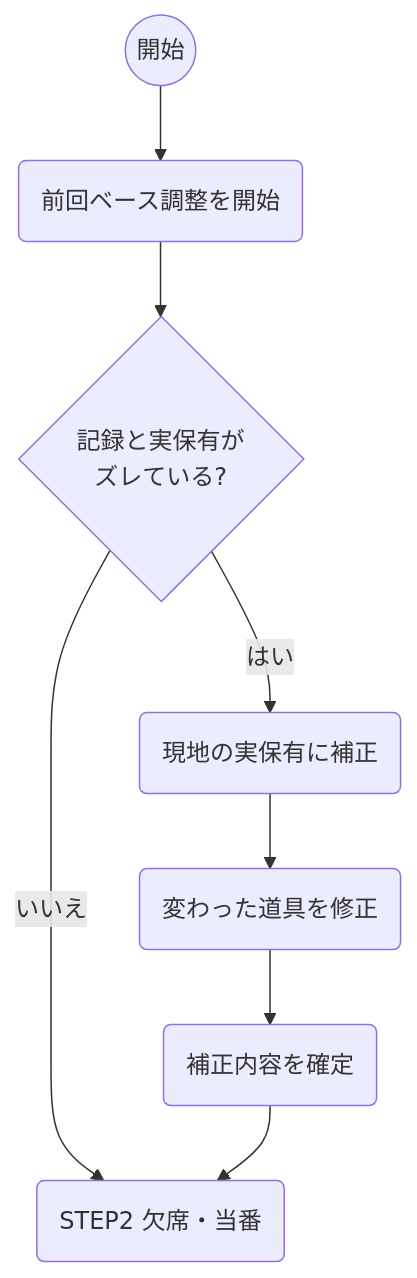
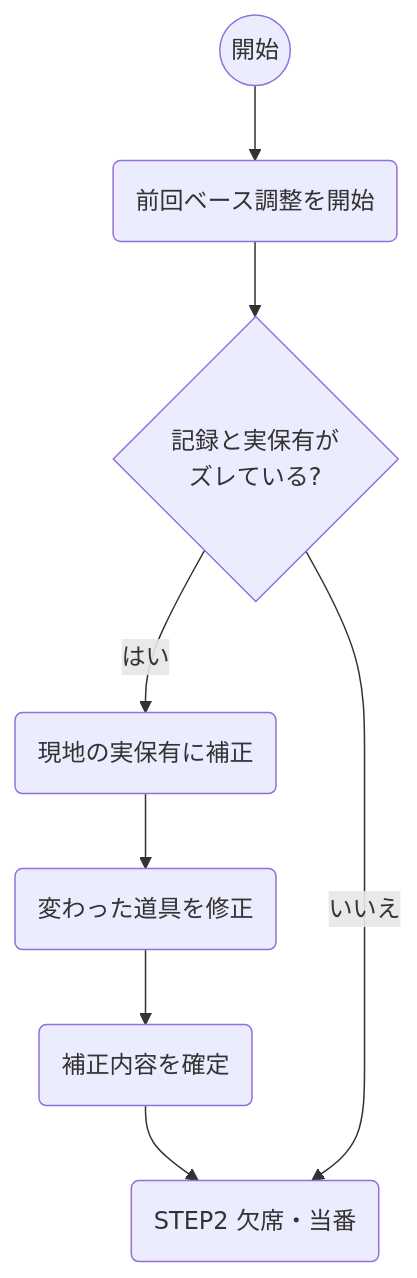
The seventh of 16 diagrams in boys15/docs/TCB-MAN-001_道具割り振りツール_操作マニュアル_v1.5.md (tcb15-admin/tcb-tools), drawn with Mermaid before and after one commit. The commit also changed other lines of this file and 3 other files, not shown here.

First line of the commit message:
fix: 15期マニュアルv1.12でフロー図のPDF途中切れを防止

````diff
--- a/boys15/docs/TCB-MAN-001_道具割り振りツール_操作マニュアル_v1.5.md
+++ b/boys15/docs/TCB-MAN-001_道具割り振りツール_操作マニュアル_v1.5.md
@@ -207,10 +230,10 @@
 ```mermaid
 flowchart TD
     S((開始)) --> ST(前回ベース調整を開始)
     ST --> AH{記録と実保有が<br/>ズレている?}
-    AH -->|いいえ| S2(STEP2 欠席・当番)
     AH -->|はい| FIX(現地の実保有に補正)
     FIX --> EDIT(変わった道具を修正)
     EDIT --> SAVE(補正内容を確定)
-    SAVE --> S2
+    SAVE --> S2(STEP2 欠席・当番)
+    AH -->|いいえ| S2
 ```
````
